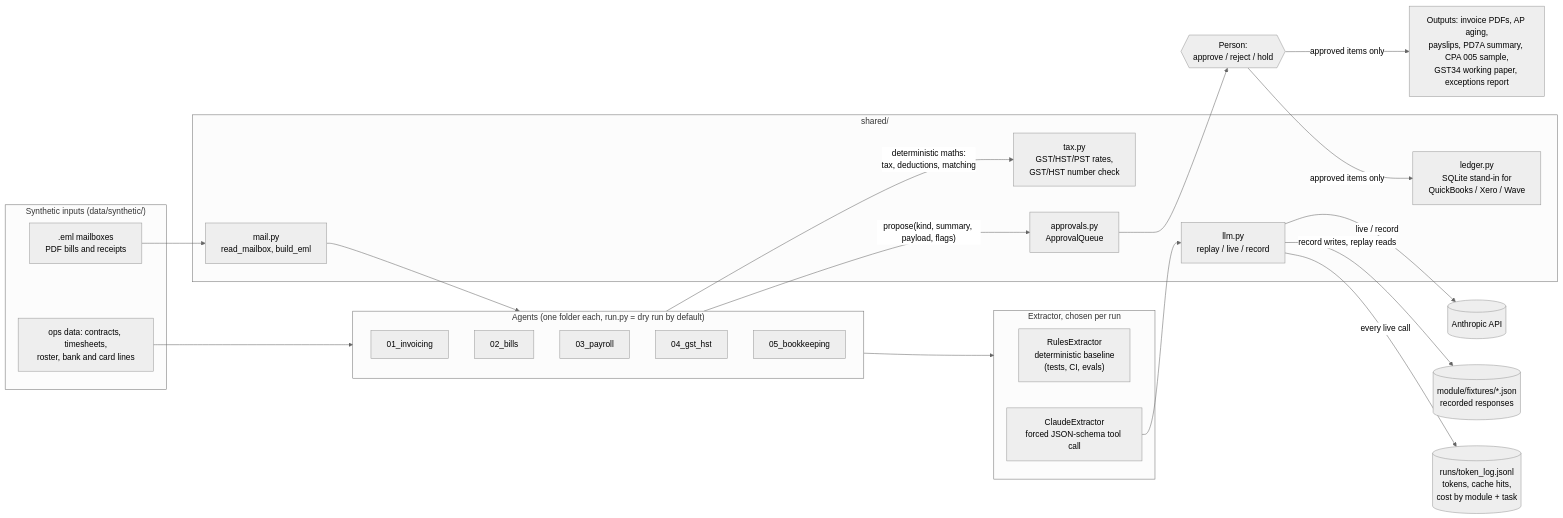
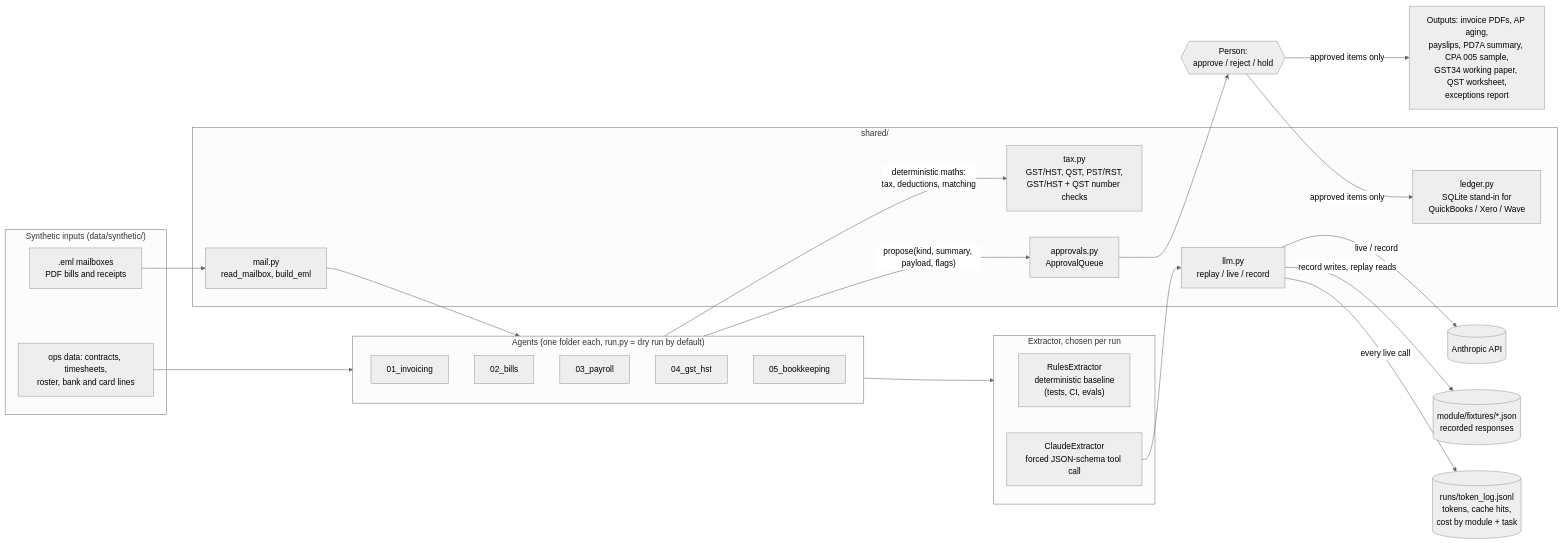
Before and after one commit to ankitmishra01/ai-finance-ops: the first of 2 diagrams in docs/architecture.md, drawn with Mermaid (neutral theme). The commit also changed other lines of this file and 5 other files, not shown here.

First line of the commit message:
Docs: QST/PST support in the module READMEs, top README and architecture

````diff
--- a/docs/architecture.md
+++ b/docs/architecture.md
@@ -5,47 +5,47 @@
 ```mermaid
 flowchart LR
     subgraph inputs["Synthetic inputs (data/synthetic/)"]
         MB[".eml mailboxes<br/>PDF bills and receipts"]
         OPS["ops data: contracts, timesheets,<br/>roster, bank and card lines"]
     end
 
     subgraph modules["Agents (one folder each, run.py = dry run by default)"]
         M1["01_invoicing"]
         M2["02_bills"]
         M3["03_payroll"]
         M4["04_gst_hst"]
         M5["05_bookkeeping"]
     end
 
     subgraph extract["Extractor, chosen per run"]
         RX["RulesExtractor<br/>deterministic baseline<br/>(tests, CI, evals)"]
         CX["ClaudeExtractor<br/>forced JSON-schema tool call"]
     end
 
     subgraph shared["shared/"]
         MAIL["mail.py<br/>read_mailbox, build_eml"]
         LLM["llm.py<br/>replay / live / record"]
-        TAX["tax.py<br/>GST/HST/PST rates,<br/>GST/HST number check"]
+        TAX["tax.py<br/>GST/HST, QST, PST/RST,<br/>GST/HST + QST number checks"]
         APPR["approvals.py<br/>ApprovalQueue"]
         LEDGER["ledger.py<br/>SQLite stand-in for<br/>QuickBooks / Xero / Wave"]
     end
 
     API[("Anthropic API")]
     FIX[("module/fixtures/*.json<br/>recorded responses")]
     TOK[("runs/token_log.jsonl<br/>tokens, cache hits,<br/>cost by module + task")]
     HUMAN{{"Person:<br/>approve / reject / hold"}}
-    OUT["Outputs: invoice PDFs, AP aging,<br/>payslips, PD7A summary, CPA 005 sample,<br/>GST34 working paper, exceptions report"]
+    OUT["Outputs: invoice PDFs, AP aging,<br/>payslips, PD7A summary, CPA 005 sample,<br/>GST34 working paper, QST worksheet,<br/>exceptions report"]
 
     MB --> MAIL --> modules
     OPS --> modules
     modules --> extract
     CX --> LLM
     LLM -- "live / record" --> API
     LLM -- "record writes, replay reads" --> FIX
     LLM -- "every live call" --> TOK
     modules -- "deterministic maths:<br/>tax, deductions, matching" --> TAX
     modules -- "propose(kind, summary, payload, flags)" --> APPR
     APPR --> HUMAN
     HUMAN -- "approved items only" --> LEDGER
     HUMAN -- "approved items only" --> OUT
 ```
````
